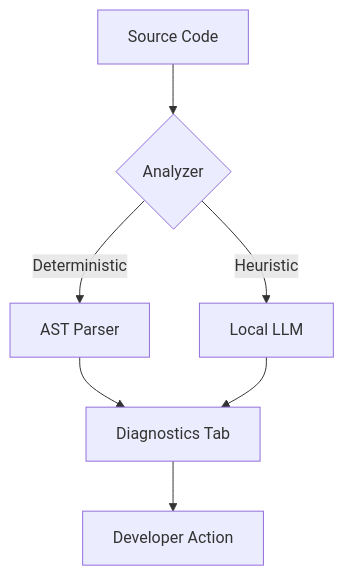
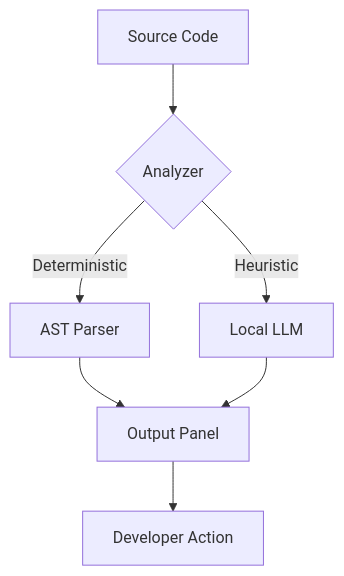
Before and after one commit to shivashirbhate/ai-code-scanner: the diagram in README.md, drawn with Mermaid. The commit also changed other lines of this file, not shown here.

````diff
--- a/README.md
+++ b/README.md
@@ -440,9 +234,9 @@
 ```mermaid
 graph TD
     A[Source Code] --> B{Analyzer}
     B -->|Deterministic| C[AST Parser]
     B -->|Heuristic| D[Local LLM]
-    C --> E[Diagnostics Tab]
+    C --> E[Output Panel]
     D --> E
     E --> F[Developer Action]
 ```
````
